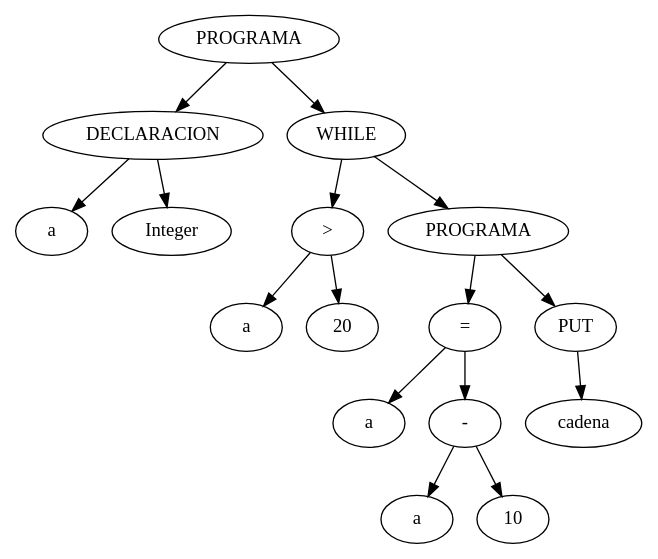
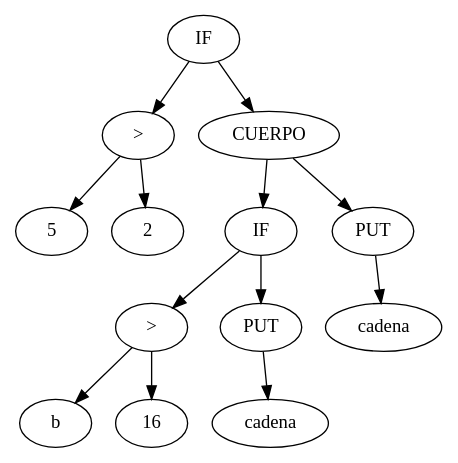
The diagram in Final entrega/tree.dot (LyC-G16/TrabajoPractico), drawn with Graphviz before and after one commit. The commit also changed 7 other files, not shown here.

```diff
--- a/Final entrega/tree.dot
+++ b/Final entrega/tree.dot
@@ -1,33 +1,27 @@
 digraph tree {
- 1 [label="PROGRAMA"];
+ 1 [label="IF"];
  1 -> 2;
- 2 [label="DECLARACION"];
+ 2 [label=">"];
  2 -> 4;
- 4 [label="a"];
+ 4 [label="5"];
  2 -> 5;
- 5 [label="Integer"];
+ 5 [label="2"];
  1 -> 3;
- 3 [label="WHILE"];
+ 3 [label="CUERPO"];
  3 -> 6;
- 6 [label=">"];
+ 6 [label="IF"];
  6 -> 12;
- 12 [label="a"];
+ 12 [label=">"];
+ 12 -> 24;
+ 24 [label="b"];
+ 12 -> 25;
+ 25 [label="16"];
  6 -> 13;
- 13 [label="20"];
+ 13 [label="PUT"];
+ 13 -> 26;
+ 26 [label="cadena"];
  3 -> 7;
- 7 [label="PROGRAMA"];
+ 7 [label="PUT"];
  7 -> 14;
- 14 [label="="];
- 14 -> 28;
- 28 [label="a"];
- 14 -> 29;
- 29 [label="-"];
- 29 -> 58;
- 58 [label="a"];
- 29 -> 59;
- 59 [label="10"];
- 7 -> 15;
- 15 [label="PUT"];
- 15 -> 30;
- 30 [label="cadena"];
+ 14 [label="cadena"];
 }
```
